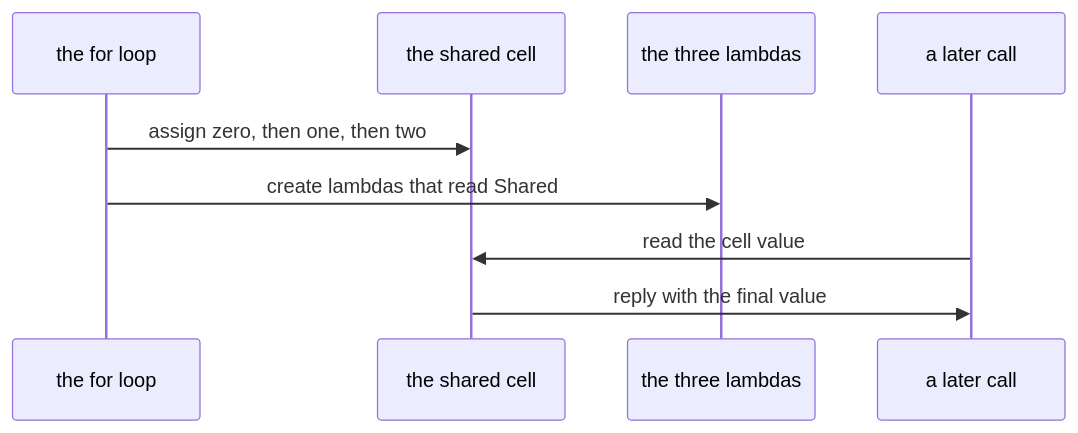
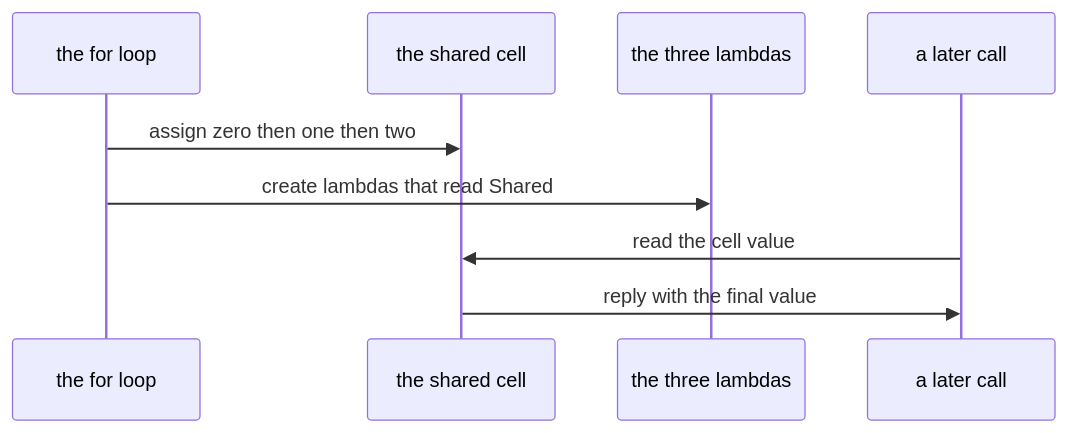
Before and after one commit to AslamNazeerShaikh/Python-Material: the second of 2 diagrams in docs/learning/06-lambda-iife.md, drawn with Mermaid. The commit also changed other lines of this file and 16 other files, not shown here.

Commit message:
docs(learning): rebuild all mermaid in safe subset

````diff
--- a/docs/learning/06-lambda-iife.md
+++ b/docs/learning/06-lambda-iife.md
@@ -71,11 +71,11 @@
 ```mermaid
 sequenceDiagram
     participant Driver as the for loop
     participant Shared as the shared cell
     participant Fns as the three lambdas
     participant Late as a later call
-    Driver->>Shared: assign zero, then one, then two
+    Driver->>Shared: assign zero then one then two
     Driver->>Fns: create lambdas that read Shared
     Late->>Shared: read the cell value
     Shared->>Late: reply with the final value
 ```
````
